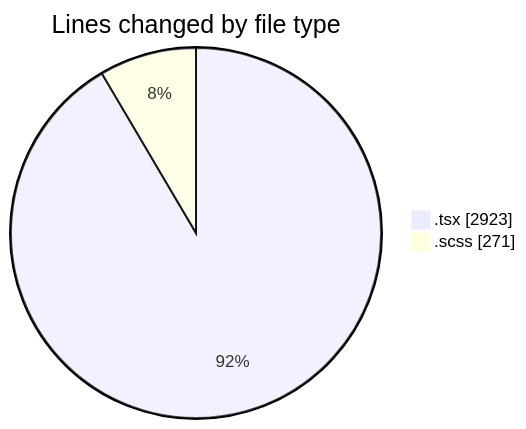
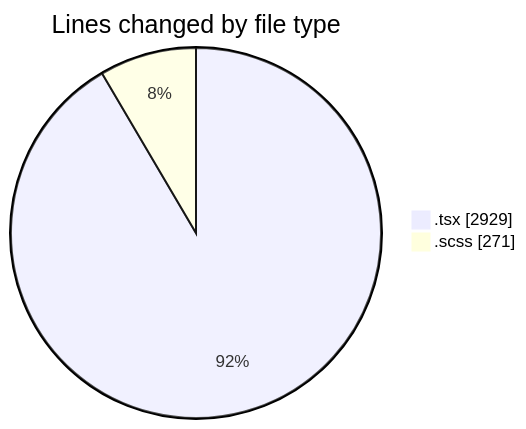
One commit to momahboobian/code-tracking changed the first of 2 diagrams in 2025-11-18/cda/README.md. Above: the diagram before and after it, drawn with Mermaid. The commit also changed other lines of this file and 1 other file, not shown here.

````diff
--- a/2025-11-18/cda/README.md
+++ b/2025-11-18/cda/README.md
@@ -25,6 +25,6 @@
 ```mermaid
 pie showData
 title Lines changed by file type
-".tsx" : 2923
+".tsx" : 2929
 ".scss" : 271
 ```
````
